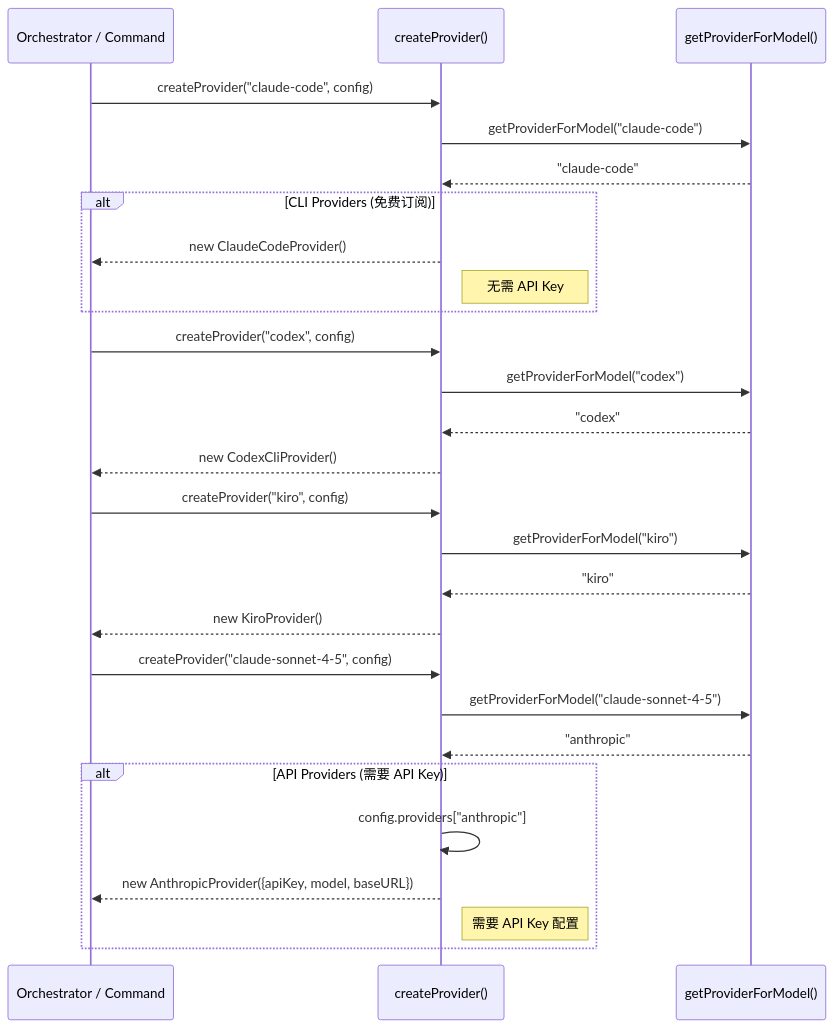
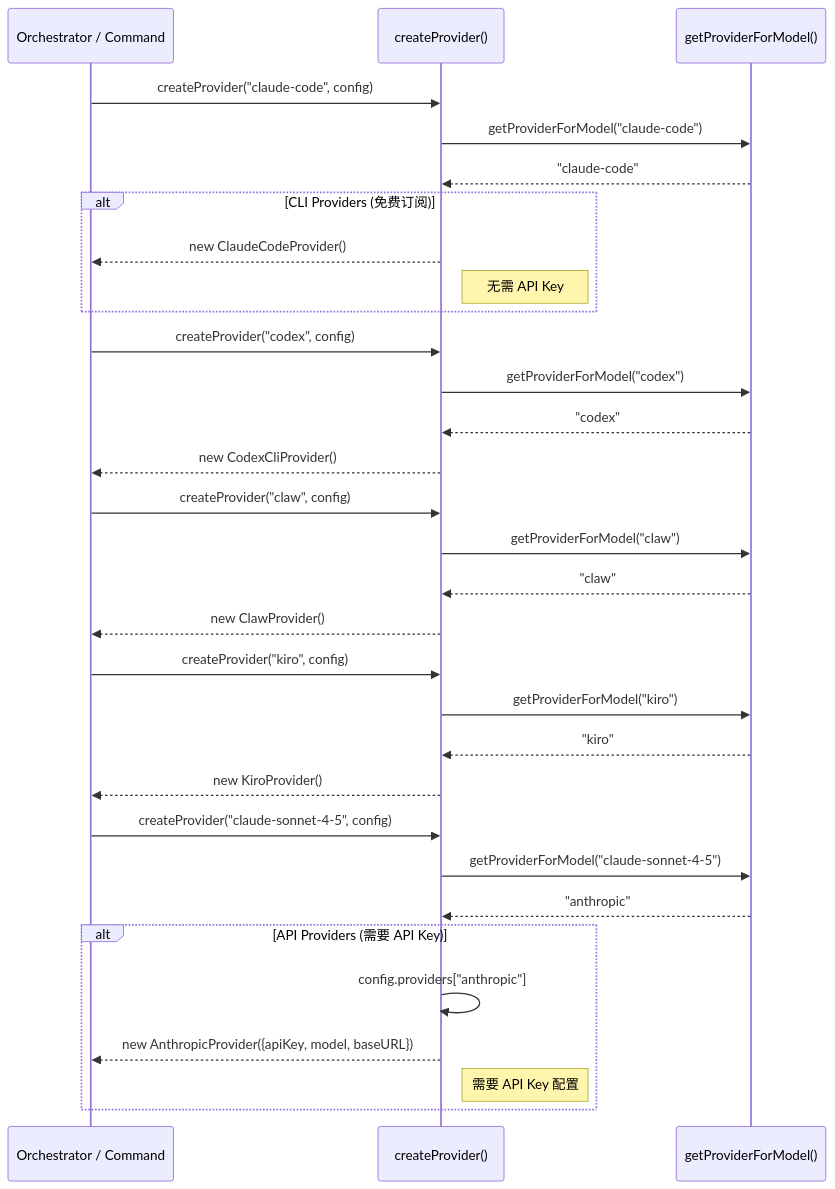
The fifth of 5 diagrams in magpie_sequence_diagrams.md (JamesSunXX/magpie_agent), drawn with Mermaid before and after one commit. The commit also changed other lines of this file and 8 other files, not shown here.

````diff
--- a/magpie_sequence_diagrams.md
+++ b/magpie_sequence_diagrams.md
@@ -277,35 +277,40 @@
 ```mermaid
 sequenceDiagram
     participant Caller as Orchestrator / Command
     participant Factory as createProvider()
     participant GPM as getProviderForModel()
 
     Caller->>Factory: createProvider("claude-code", config)
     Factory->>GPM: getProviderForModel("claude-code")
     GPM-->>Factory: "claude-code"
 
     alt CLI Providers (免费订阅)
         Factory-->>Caller: new ClaudeCodeProvider()
         Note right of Factory: 无需 API Key
     end
 
     Caller->>Factory: createProvider("codex", config)
     Factory->>GPM: getProviderForModel("codex")
     GPM-->>Factory: "codex"
     Factory-->>Caller: new CodexCliProvider()
 
+    Caller->>Factory: createProvider("claw", config)
+    Factory->>GPM: getProviderForModel("claw")
+    GPM-->>Factory: "claw"
+    Factory-->>Caller: new ClawProvider()
+
     Caller->>Factory: createProvider("kiro", config)
     Factory->>GPM: getProviderForModel("kiro")
     GPM-->>Factory: "kiro"
     Factory-->>Caller: new KiroProvider()
 
     Caller->>Factory: createProvider("claude-sonnet-4-5", config)
     Factory->>GPM: getProviderForModel("claude-sonnet-4-5")
     GPM-->>Factory: "anthropic"
 
     alt API Providers (需要 API Key)
         Factory->>Factory: config.providers["anthropic"]
         Factory-->>Caller: new AnthropicProvider({apiKey, model, baseURL})
         Note right of Factory: 需要 API Key 配置
     end
 ```
````
